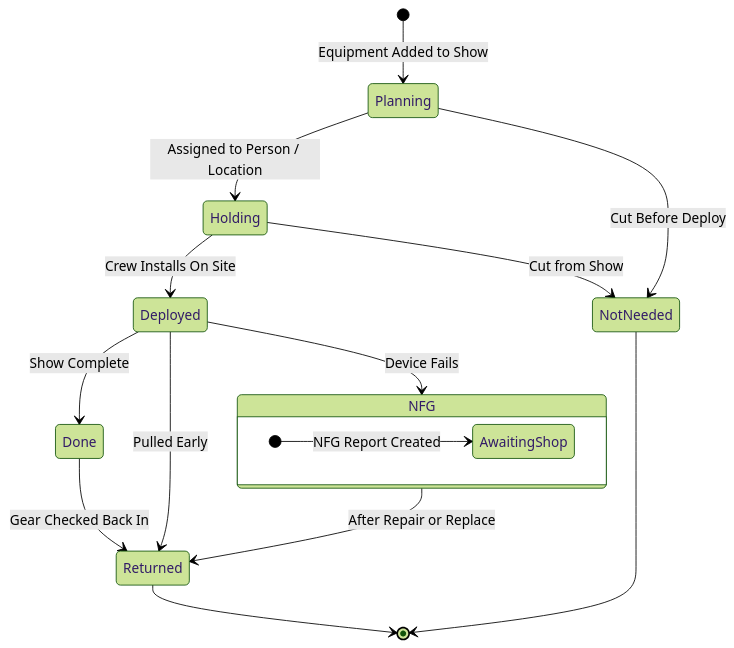
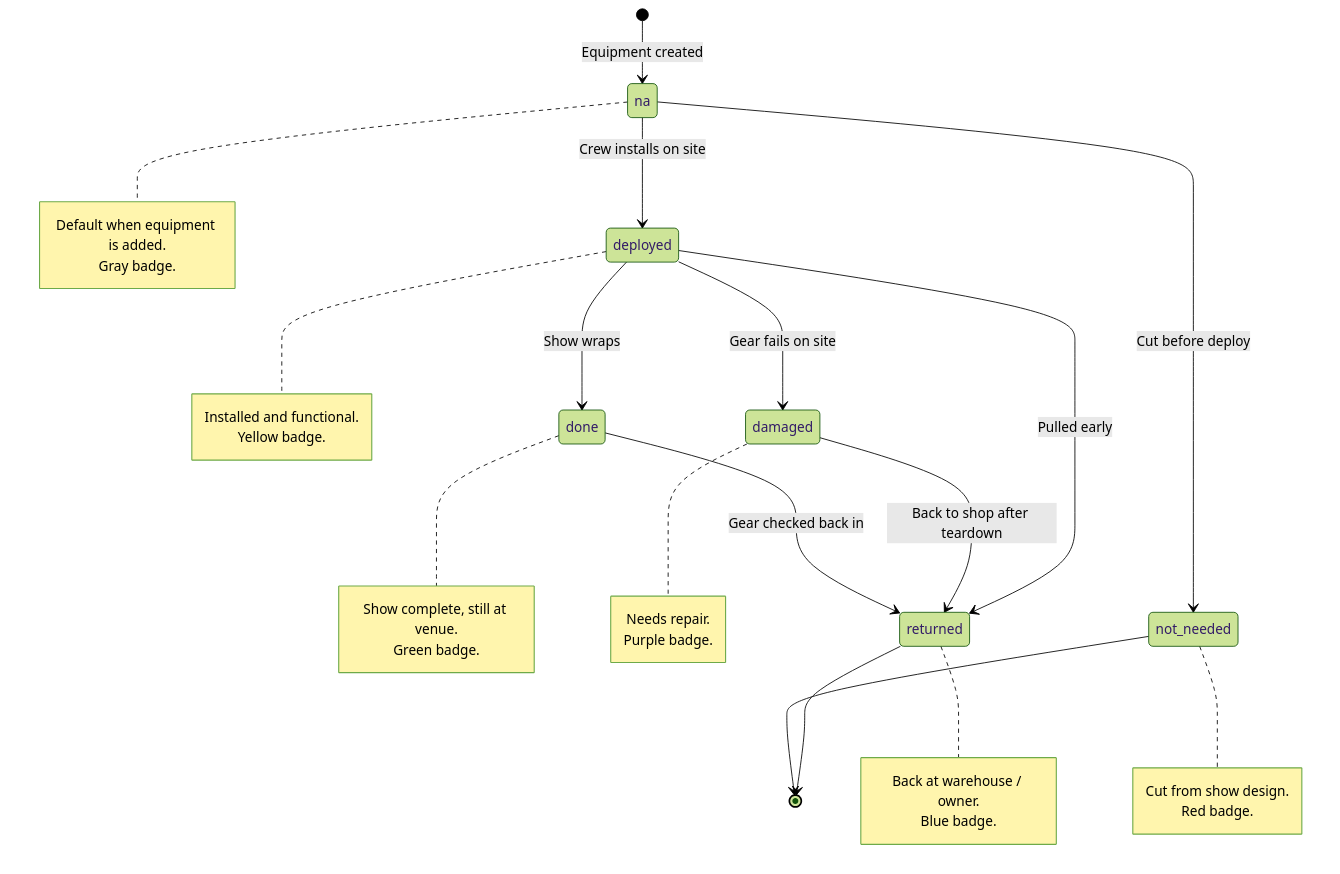
Before and after one commit to jimmfxr/versacom-app: the third of 5 diagrams in docs/uml-state-diagrams.md, drawn with Mermaid (forest theme). The commit also changed other lines of this file and 4 other files, not shown here.

````diff
--- a/docs/uml-state-diagrams.md
+++ b/docs/uml-state-diagrams.md
@@ -74,28 +103,50 @@
 ```mermaid
 stateDiagram-v2
     direction TB
 
-    [*] --> Planning : Equipment Added to Show
+    [*] --> na : Equipment created
 
-    Planning --> Holding : Assigned to Person / Location
-    Planning --> NotNeeded : Cut Before Deploy
+    na --> deployed : Crew installs on site
+    na --> not_needed : Cut before deploy
 
-    Holding --> Deployed : Crew Installs On Site
-    Holding --> NotNeeded : Cut from Show
+    deployed --> done : Show wraps
+    deployed --> returned : Pulled early
+    deployed --> damaged : Gear fails on site
 
-    Deployed --> Done : Show Complete
-    Deployed --> Returned : Pulled Early
-    Deployed --> NFG : Device Fails
+    damaged --> returned : Back to shop after teardown
 
-    NFG --> Returned : After Repair or Replace
+    done --> returned : Gear checked back in
 
-    Done --> Returned : Gear Checked Back In
+    returned --> [*]
+    not_needed --> [*]
 
-    Returned --> [*]
-    NotNeeded --> [*]
+    note right of na
+        Default when equipment is added.
+        Gray badge.
+    end note
 
-    state NFG {
-        direction LR
-        [*] --> AwaitingShop : NFG Report Created
-    }
+    note right of deployed
+        Installed and functional.
+        Yellow badge.
+    end note
+
+    note right of done
+        Show complete, still at venue.
+        Green badge.
+    end note
+
+    note right of returned
+        Back at warehouse / owner.
+        Blue badge.
+    end note
+
+    note right of not_needed
+        Cut from show design.
+        Red badge.
+    end note
+
+    note right of damaged
+        Needs repair.
+        Purple badge.
+    end note
 ```
````
